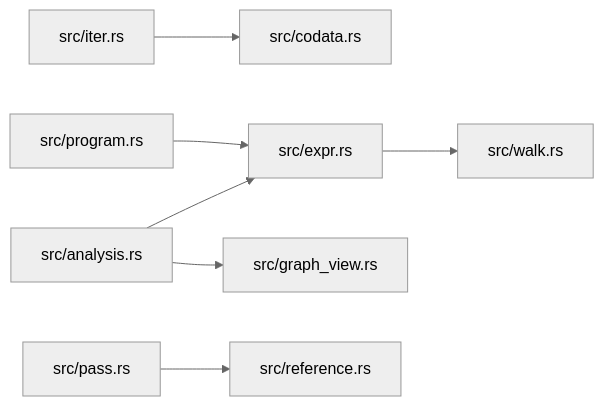
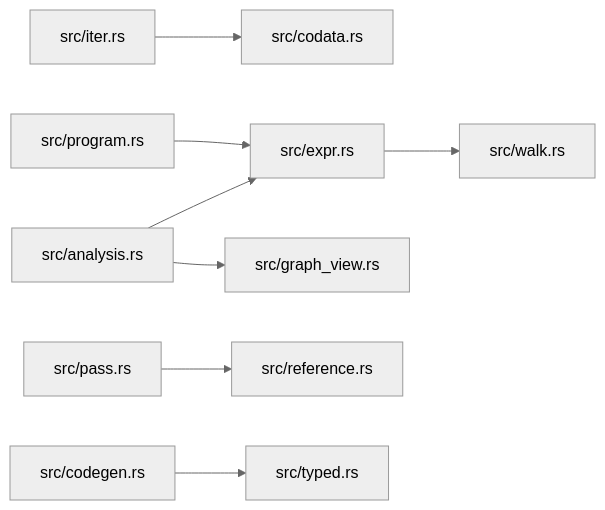
One commit to xcrtp/zela changed the diagram in docs/modules/ze-comb.md. Above: the diagram before and after it, drawn with Mermaid (neutral theme). The commit also changed other lines of this file and 9 other files, not shown here.

````diff
--- a/docs/modules/ze-comb.md
+++ b/docs/modules/ze-comb.md
@@ -35,18 +36,21 @@
 ```mermaid
 graph LR
     f0["src/analysis.rs"]
-    f5["src/codata.rs"]
+    f7["src/codata.rs"]
+    f3["src/codegen.rs"]
     f1["src/expr.rs"]
     f2["src/graph_view.rs"]
-    f4["src/iter.rs"]
-    f6["src/pass.rs"]
-    f8["src/program.rs"]
-    f7["src/reference.rs"]
-    f3["src/walk.rs"]
+    f6["src/iter.rs"]
+    f8["src/pass.rs"]
+    f10["src/program.rs"]
+    f9["src/reference.rs"]
+    f4["src/typed.rs"]
+    f5["src/walk.rs"]
     f0 --> f1
     f0 --> f2
-    f1 --> f3
-    f4 --> f5
+    f3 --> f4
+    f1 --> f5
     f6 --> f7
-    f8 --> f1
+    f8 --> f9
+    f10 --> f1
 ```
````
